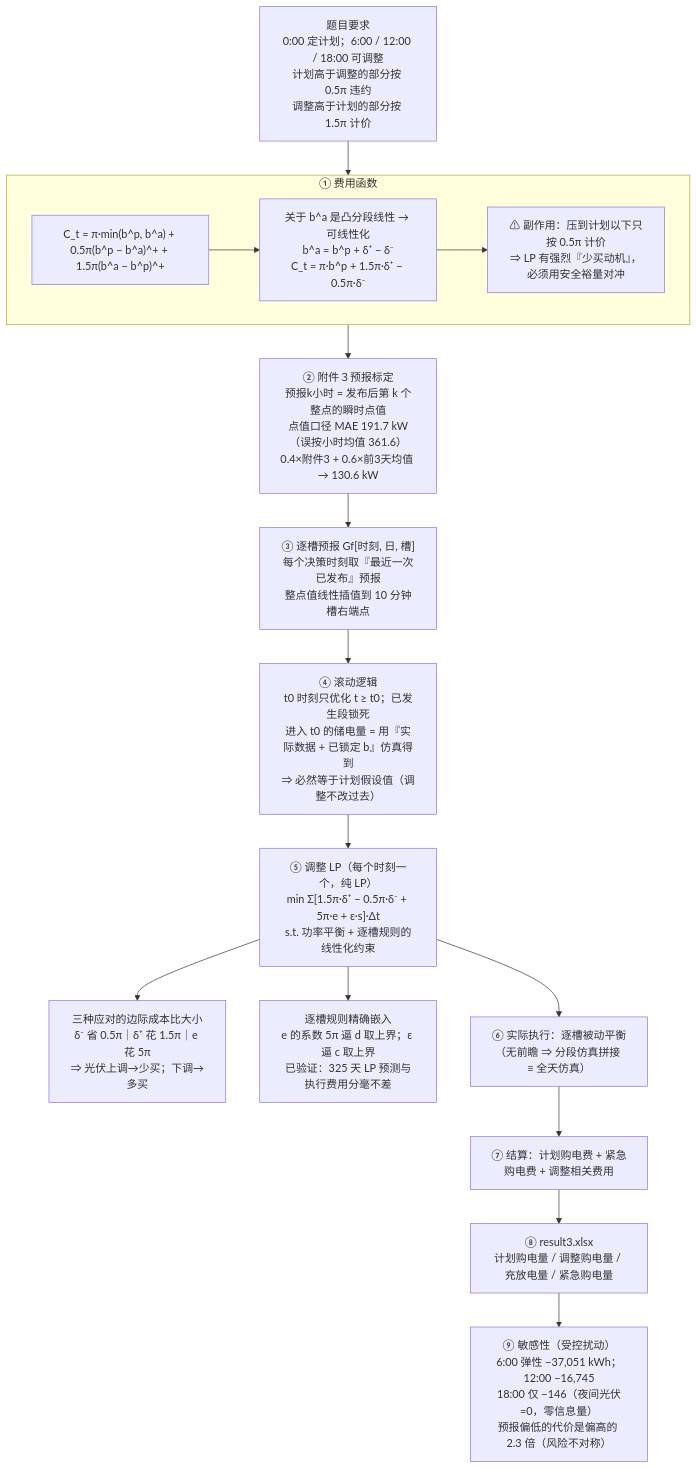
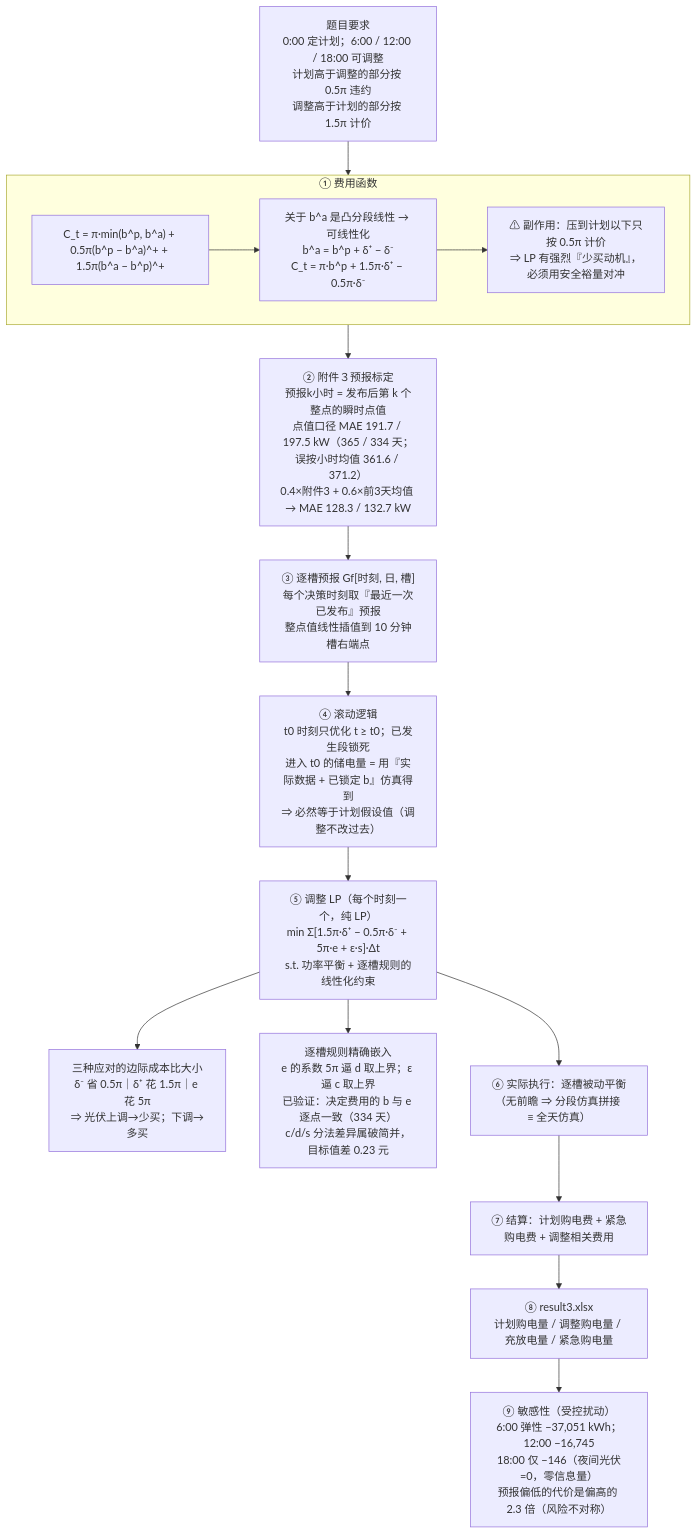
One commit to aircraft333/aircraft333-s-team changed the third of 3 diagrams in 模型与口径说明.md. Above: the diagram before and after it, drawn with Mermaid. The commit also changed other lines of this file and 85 other files, not shown here.

````diff
--- a/模型与口径说明.md
+++ b/模型与口径说明.md
@@ -585,22 +596,22 @@
 ```mermaid
 flowchart TD
     A0["题目要求<br/>0:00 定计划；6:00 / 12:00 / 18:00 可调整<br/>计划高于调整的部分按 0.5π 违约<br/>调整高于计划的部分按 1.5π 计价"] --> A
 
     subgraph A["① 费用函数"]
         A1["C_t = π·min(b^p, b^a) + 0.5π(b^p − b^a)^+ + 1.5π(b^a − b^p)^+"]
         A2["关于 b^a 是凸分段线性 → 可线性化<br/>b^a = b^p + δ⁺ − δ⁻<br/>C_t = π·b^p + 1.5π·δ⁺ − 0.5π·δ⁻"]
         A3["⚠ 副作用：压到计划以下只按 0.5π 计价<br/>⇒ LP 有强烈『少买动机』，必须用安全裕量对冲"]
         A1 --> A2 --> A3
     end
 
-    A --> B["② 附件３预报标定<br/>预报k小时 = 发布后第 k 个整点的瞬时点值<br/>点值口径 MAE 191.7 kW（误按小时均值 361.6）<br/>0.4×附件3 + 0.6×前3天均值 → 130.6 kW"]
+    A --> B["② 附件３预报标定<br/>预报k小时 = 发布后第 k 个整点的瞬时点值<br/>点值口径 MAE 191.7 / 197.5 kW（365 / 334 天；误按小时均值 361.6 / 371.2）<br/>0.4×附件3 + 0.6×前3天均值 → MAE 128.3 / 132.7 kW"]
     B --> C["③ 逐槽预报 Gf[时刻, 日, 槽]<br/>每个决策时刻取『最近一次已发布』预报<br/>整点值线性插值到 10 分钟槽右端点"]
     C --> D["④ 滚动逻辑<br/>t0 时刻只优化 t ≥ t0；已发生段锁死<br/>进入 t0 的储电量 = 用『实际数据 + 已锁定 b』仿真得到<br/>⇒ 必然等于计划假设值（调整不改过去）"]
     D --> E["⑤ 调整 LP（每个时刻一个，纯 LP）<br/>min Σ[1.5π·δ⁺ − 0.5π·δ⁻ + 5π·e + ε·s]·Δt<br/>s.t. 功率平衡 + 逐槽规则的线性化约束"]
     E --> E1["三种应对的边际成本比大小<br/>δ⁻ 省 0.5π｜δ⁺ 花 1.5π｜e 花 5π<br/>⇒ 光伏上调→少买；下调→多买"]
-    E --> E2["逐槽规则精确嵌入<br/>e 的系数 5π 逼 d 取上界；ε 逼 c 取上界<br/>已验证：325 天 LP 预测与执行费用分毫不差"]
+    E --> E2["逐槽规则精确嵌入<br/>e 的系数 5π 逼 d 取上界；ε 逼 c 取上界<br/>已验证：决定费用的 b 与 e 逐点一致（334 天）<br/>c/d/s 分法差异属破简并，目标值差 0.23 元"]
     E --> F["⑥ 实际执行：逐槽被动平衡<br/>（无前瞻 ⇒ 分段仿真拼接 ≡ 全天仿真）"]
     F --> G["⑦ 结算：计划购电费 + 紧急购电费 + 调整相关费用"]
     G --> H["⑧ result3.xlsx<br/>计划购电量 / 调整购电量 / 充放电量 / 紧急购电量"]
     H --> I["⑨ 敏感性（受控扰动）<br/>6:00 弹性 −37,051 kWh；12:00 −16,745<br/>18:00 仅 −146（夜间光伏=0，零信息量）<br/>预报偏低的代价是偏高的 2.3 倍（风险不对称）"]
 ```
````
